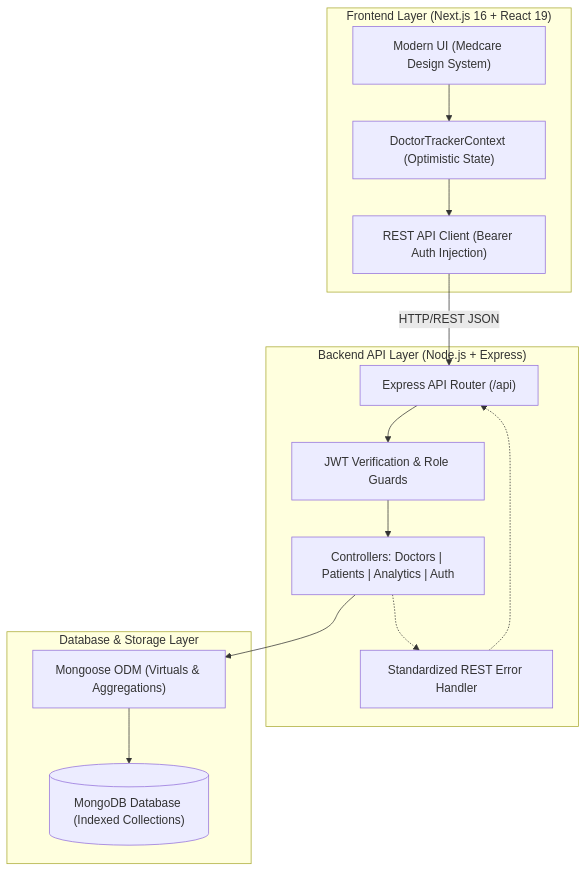
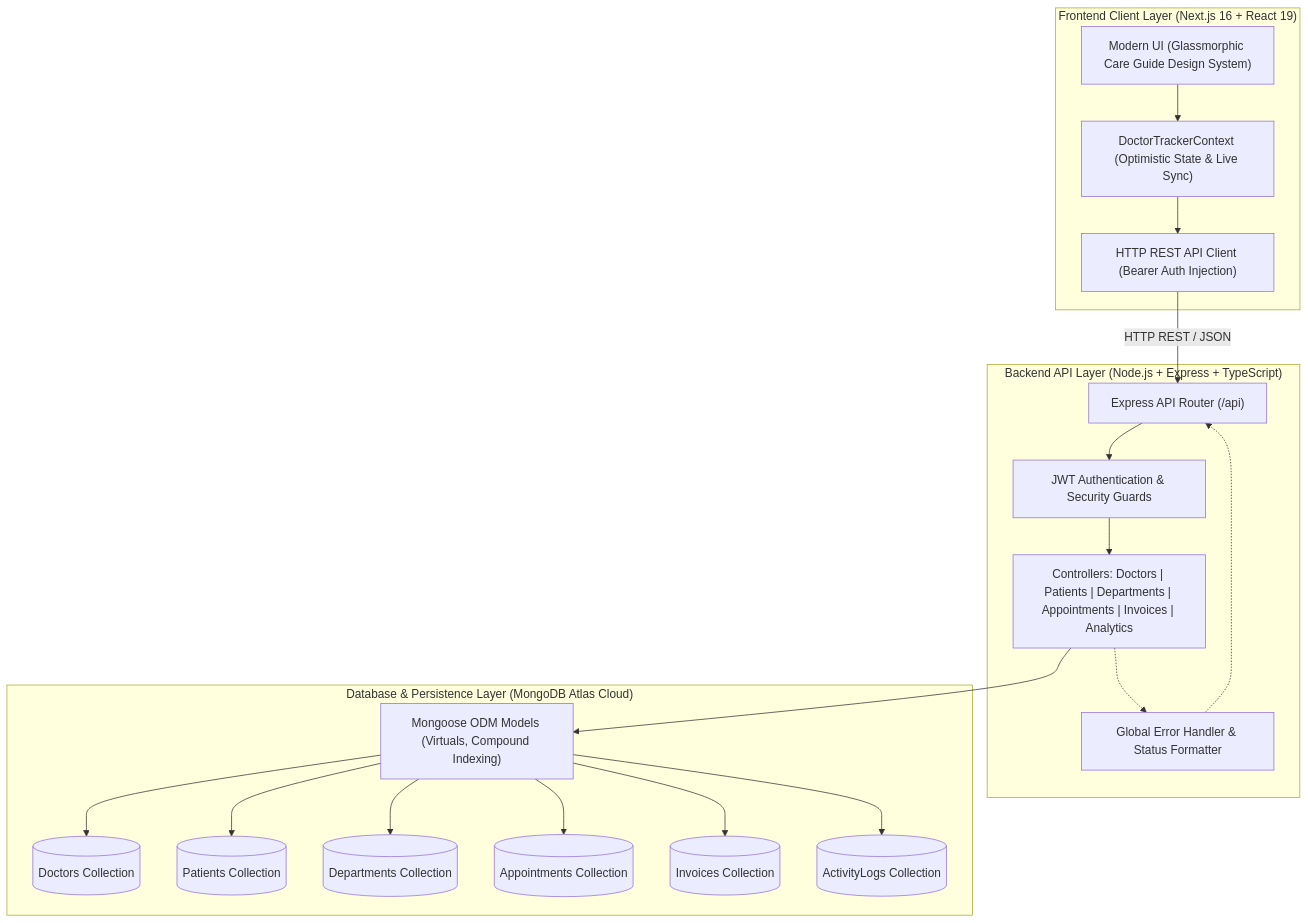
One commit to hossaintaufiq/DoctorTraker changed the diagram in README.md. Above: the diagram before and after it, drawn with Mermaid. The commit also changed other lines of this file and 18 other files, not shown here.

````diff
--- a/README.md
+++ b/README.md
@@ -130,30 +143,40 @@
 ```mermaid
 graph TB
-    subgraph "Frontend Layer (Next.js 16 + React 19)"
-        UI["Modern UI (Medcare Design System)"]
-        Context["DoctorTrackerContext (Optimistic State)"]
-        ApiClient["REST API Client (Bearer Auth Injection)"]
+    subgraph "Frontend Client Layer (Next.js 16 + React 19)"
+        UI["Modern UI (Glassmorphic Care Guide Design System)"]
+        Context["DoctorTrackerContext (Optimistic State & Live Sync)"]
+        ApiClient["HTTP REST API Client (Bearer Auth Injection)"]
     end
 
-    subgraph "Backend API Layer (Node.js + Express)"
+    subgraph "Backend API Layer (Node.js + Express + TypeScript)"
         Router["Express API Router (/api)"]
-        AuthMiddleware["JWT Verification & Role Guards"]
-        Controllers["Controllers: Doctors | Patients | Analytics | Auth"]
-        ErrorHandler["Standardized REST Error Handler"]
+        AuthMiddleware["JWT Authentication & Security Guards"]
+        Controllers["Controllers: Doctors | Patients | Departments | Appointments | Invoices | Analytics"]
+        ErrorHandler["Global Error Handler & Status Formatter"]
     end
 
-    subgraph "Database & Storage Layer"
-        Mongoose["Mongoose ODM (Virtuals & Aggregations)"]
-        MongoDB[("MongoDB Database (Indexed Collections)")]
+    subgraph "Database & Persistence Layer (MongoDB Atlas Cloud)"
+        Mongoose["Mongoose ODM Models (Virtuals, Compound Indexing)"]
+        DoctorCol[("Doctors Collection")]
+        PatientCol[("Patients Collection")]
+        DeptCol[("Departments Collection")]
+        AptCol[("Appointments Collection")]
+        InvCol[("Invoices Collection")]
+        LogCol[("ActivityLogs Collection")]
     end
 
     UI --> Context
     Context --> ApiClient
-    ApiClient -->|HTTP/REST JSON| Router
+    ApiClient -->|HTTP REST / JSON| Router
     Router --> AuthMiddleware
     AuthMiddleware --> Controllers
     Controllers --> Mongoose
-    Mongoose --> MongoDB
+    Mongoose --> DoctorCol
+    Mongoose --> PatientCol
+    Mongoose --> DeptCol
+    Mongoose --> AptCol
+    Mongoose --> InvCol
+    Mongoose --> LogCol
     Controllers -.-> ErrorHandler
     ErrorHandler -.-> Router
 ```
````
